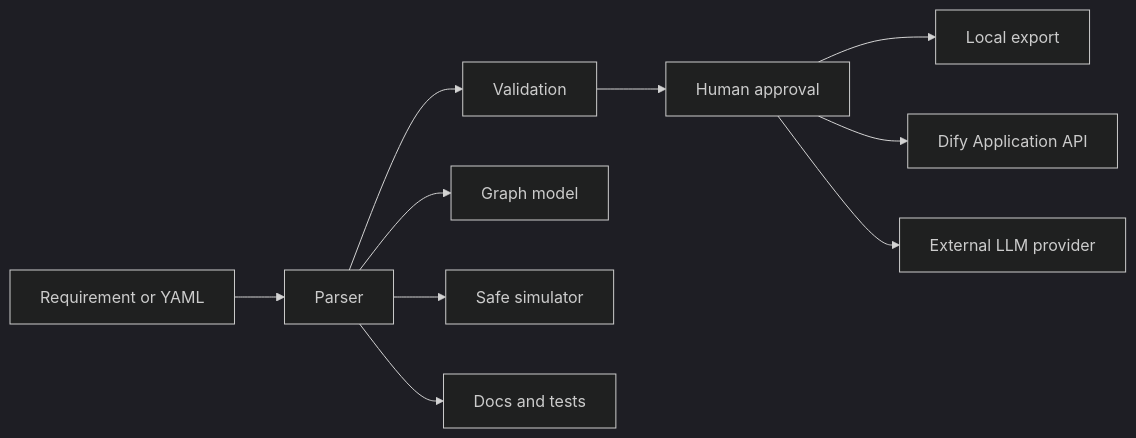
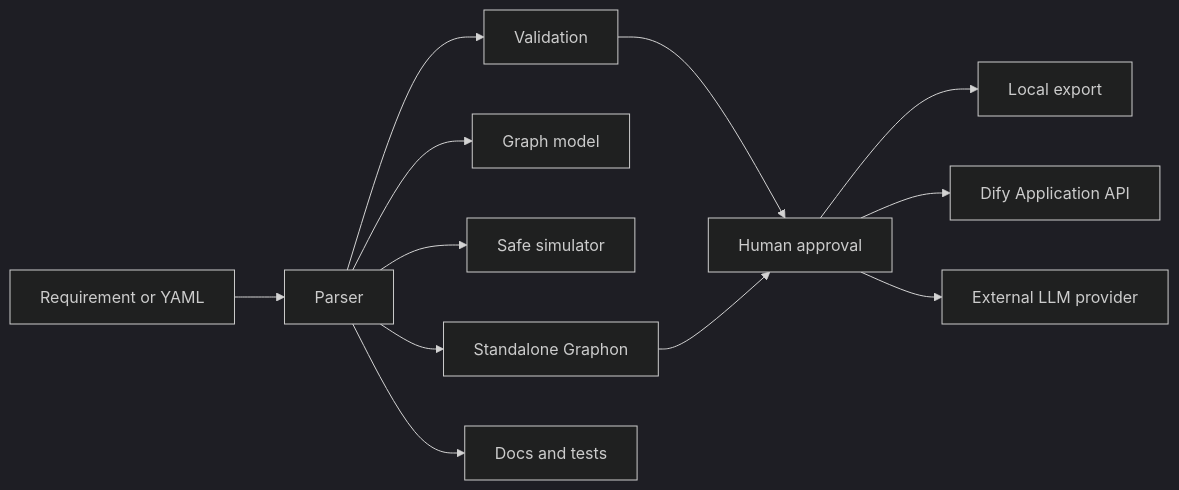
Before and after one commit to vasipallys/difypal: the diagram in docs/architecture.md, drawn with Mermaid (dark theme). The commit also changed other lines of this file and 21 other files, not shown here.

````diff
--- a/docs/architecture.md
+++ b/docs/architecture.md
@@ -54,12 +66,14 @@
 ```mermaid
 flowchart LR
   A[Requirement or YAML] --> P[Parser]
   P --> V[Validation]
   P --> G[Graph model]
   P --> S[Safe simulator]
+  P --> X[Standalone Graphon]
   P --> D[Docs and tests]
   V --> H[Human approval]
   H --> E[Local export]
   H --> R[Dify Application API]
   H --> L[External LLM provider]
+  X --> H
 ```
````
